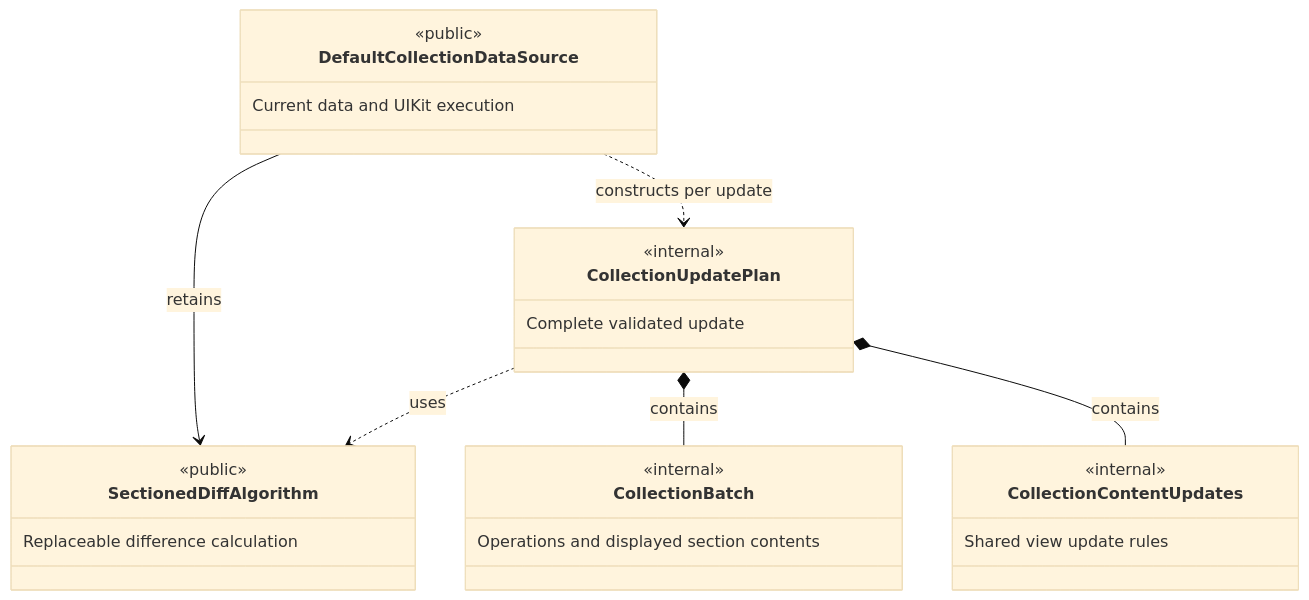
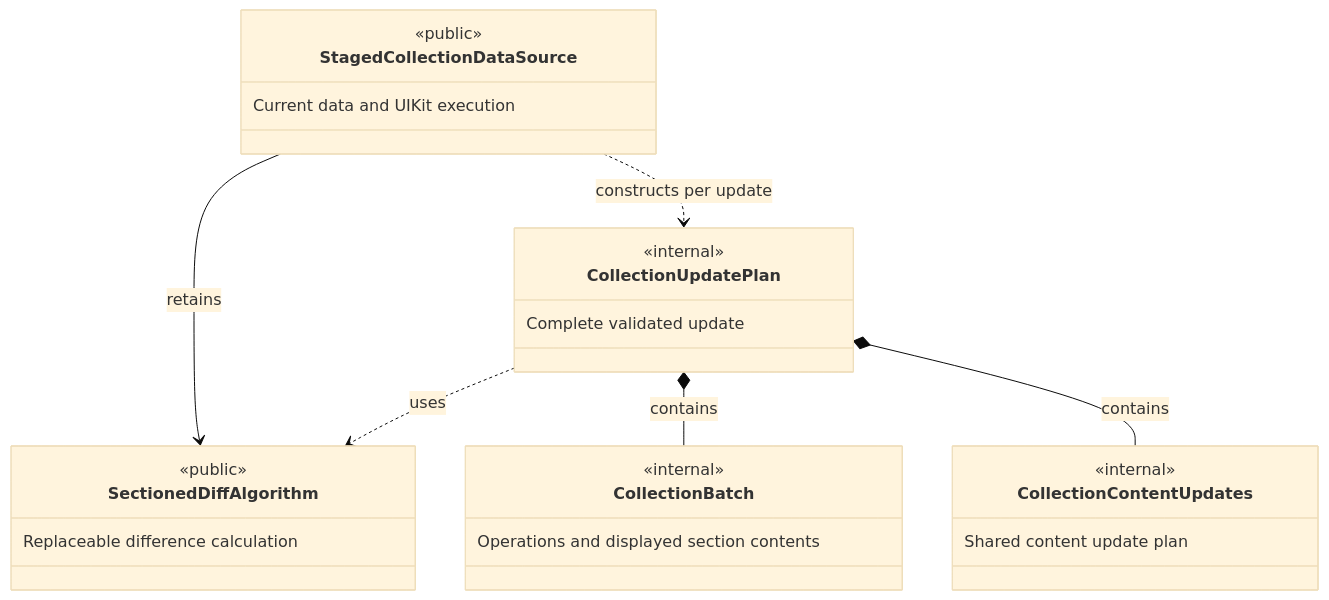
Before and after one commit to Weixi779/Parade: the fourth of 5 diagrams in Docs/Architecture.md, drawn with Mermaid (base theme). The commit also changed other lines of this file and 7 other files, not shown here.

````diff
--- a/Docs/Architecture.md
+++ b/Docs/Architecture.md
@@ -231,28 +248,28 @@
 ```mermaid
 classDiagram
-    class DefaultCollectionDataSource {
+    class StagedCollectionDataSource {
         <<public>>
         Current data and UIKit execution
     }
     class CollectionUpdatePlan {
         <<internal>>
         Complete validated update
     }
     class CollectionBatch {
         <<internal>>
         Operations and displayed section contents
     }
     class SectionedDiffAlgorithm {
         <<public>>
         Replaceable difference calculation
     }
     class CollectionContentUpdates {
         <<internal>>
-        Shared view update rules
+        Shared content update plan
     }
-    DefaultCollectionDataSource --> SectionedDiffAlgorithm : retains
-    DefaultCollectionDataSource ..> CollectionUpdatePlan : constructs per update
+    StagedCollectionDataSource --> SectionedDiffAlgorithm : retains
+    StagedCollectionDataSource ..> CollectionUpdatePlan : constructs per update
     CollectionUpdatePlan ..> SectionedDiffAlgorithm : uses
     CollectionUpdatePlan *-- CollectionBatch : contains
     CollectionUpdatePlan *-- CollectionContentUpdates : contains
 ```
````
